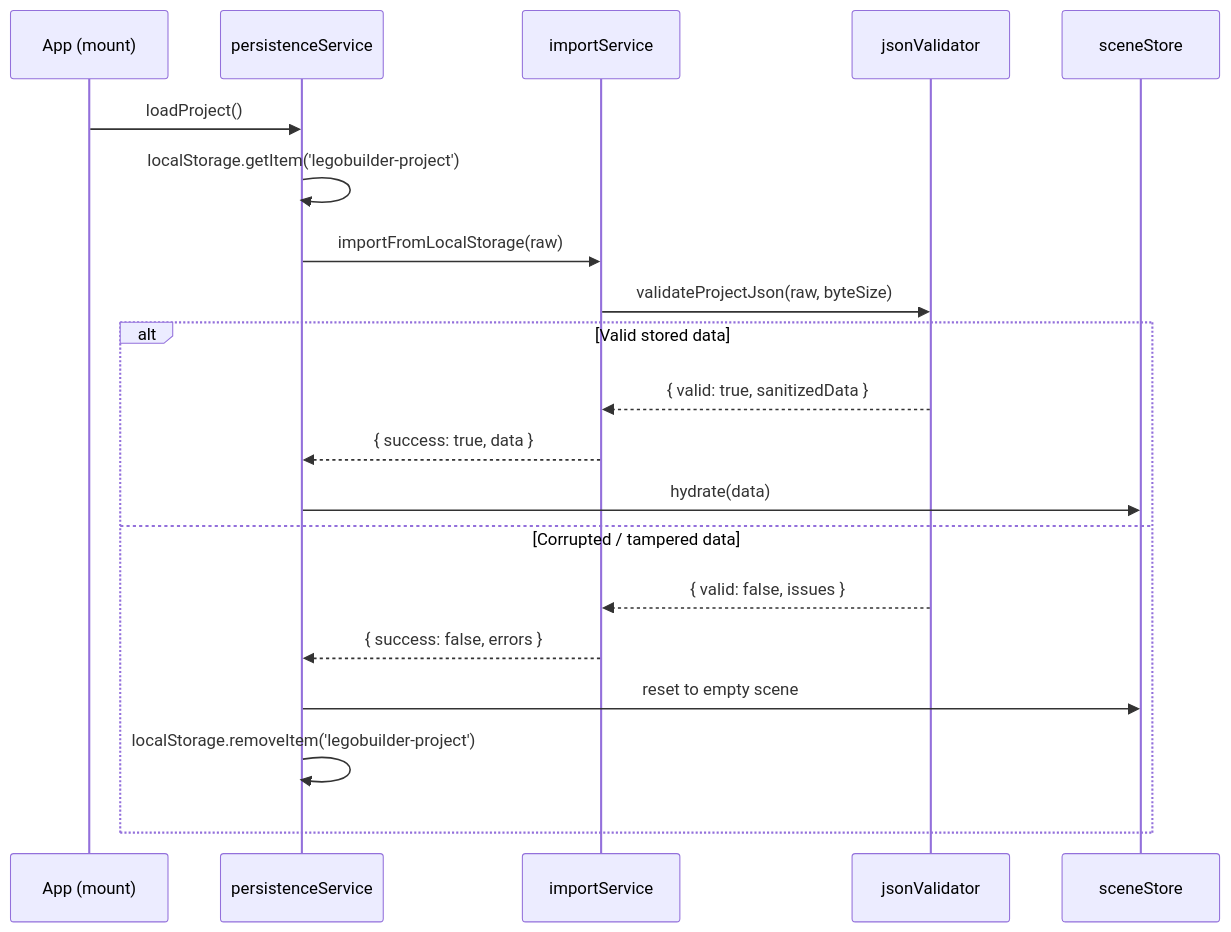
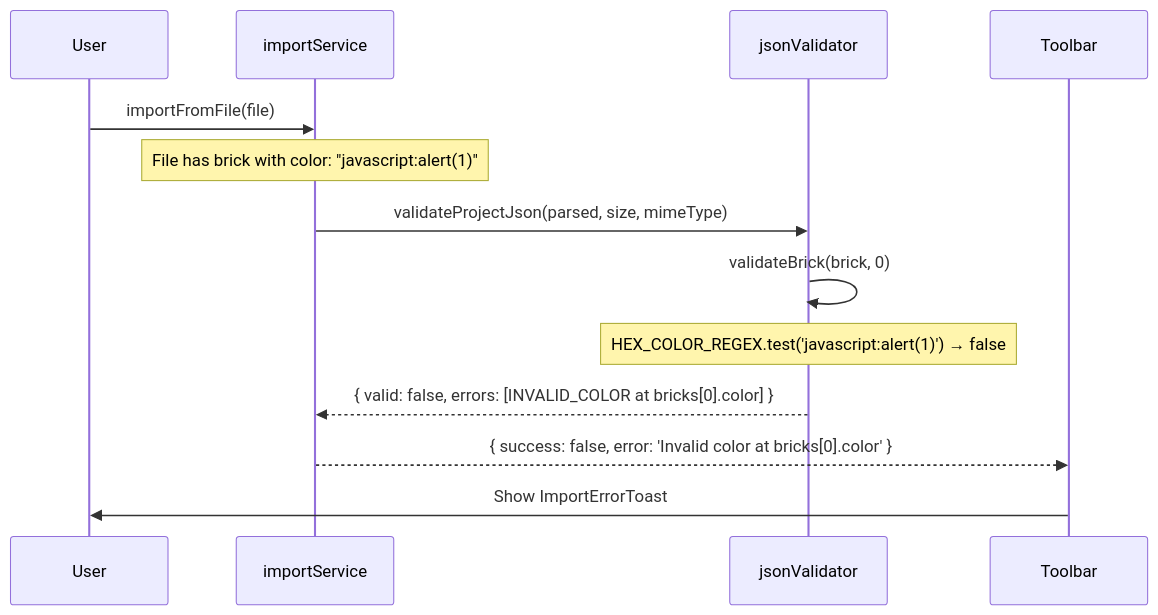
The fourth of 4 diagrams in docs/features/NFR-SEC-001/LOW_LEVEL_DESIGN.md (sreenivasmrpivot/legobuilder), drawn with Mermaid before and after one commit. The commit also changed other lines of this file, not shown here.

First line of the commit message:
docs: LLD for NFR-SEC-001 — Validate all imported JSON files against schema; prevent arbitrary code execution

````diff
--- a/docs/features/NFR-SEC-001/LOW_LEVEL_DESIGN.md
+++ b/docs/features/NFR-SEC-001/LOW_LEVEL_DESIGN.md
@@ -415,23 +399,16 @@
 ```mermaid
 sequenceDiagram
-    participant App as App (mount)
-    participant PersistSvc as persistenceService
-    participant ImportSvc as importService
-    participant Validator as jsonValidator
-    participant SceneStore as sceneStore
+    participant User
+    participant importService
+    participant jsonValidator
+    participant Toolbar
 
-    App->>PersistSvc: loadProject()
-    PersistSvc->>PersistSvc: localStorage.getItem('legobuilder-project')
-    PersistSvc->>ImportSvc: importFromLocalStorage(raw)
-    ImportSvc->>Validator: validateProjectJson(raw, byteSize)
-    alt Valid stored data
-        Validator-->>ImportSvc: { valid: true, sanitizedData }
-        ImportSvc-->>PersistSvc: { success: true, data }
-        PersistSvc->>SceneStore: hydrate(data)
-    else Corrupted / tampered data
-        Validator-->>ImportSvc: { valid: false, issues }
-        ImportSvc-->>PersistSvc: { success: false, errors }
-        PersistSvc->>SceneStore: reset to empty scene
-        PersistSvc->>PersistSvc: localStorage.removeItem('legobuilder-project')
-    end
+    User->>importService: importFromFile(file)
+    Note over importService: File has brick with color: "javascript:alert(1)"
+    importService->>jsonValidator: validateProjectJson(parsed, size, mimeType)
+    jsonValidator->>jsonValidator: validateBrick(brick, 0)
+    Note over jsonValidator: HEX_COLOR_REGEX.test('javascript:alert(1)') → false
+    jsonValidator-->>importService: { valid: false, errors: [INVALID_COLOR at bricks[0].color] }
+    importService-->>Toolbar: { success: false, error: 'Invalid color at bricks[0].color' }
+    Toolbar->>User: Show ImportErrorToast
 ```
````
